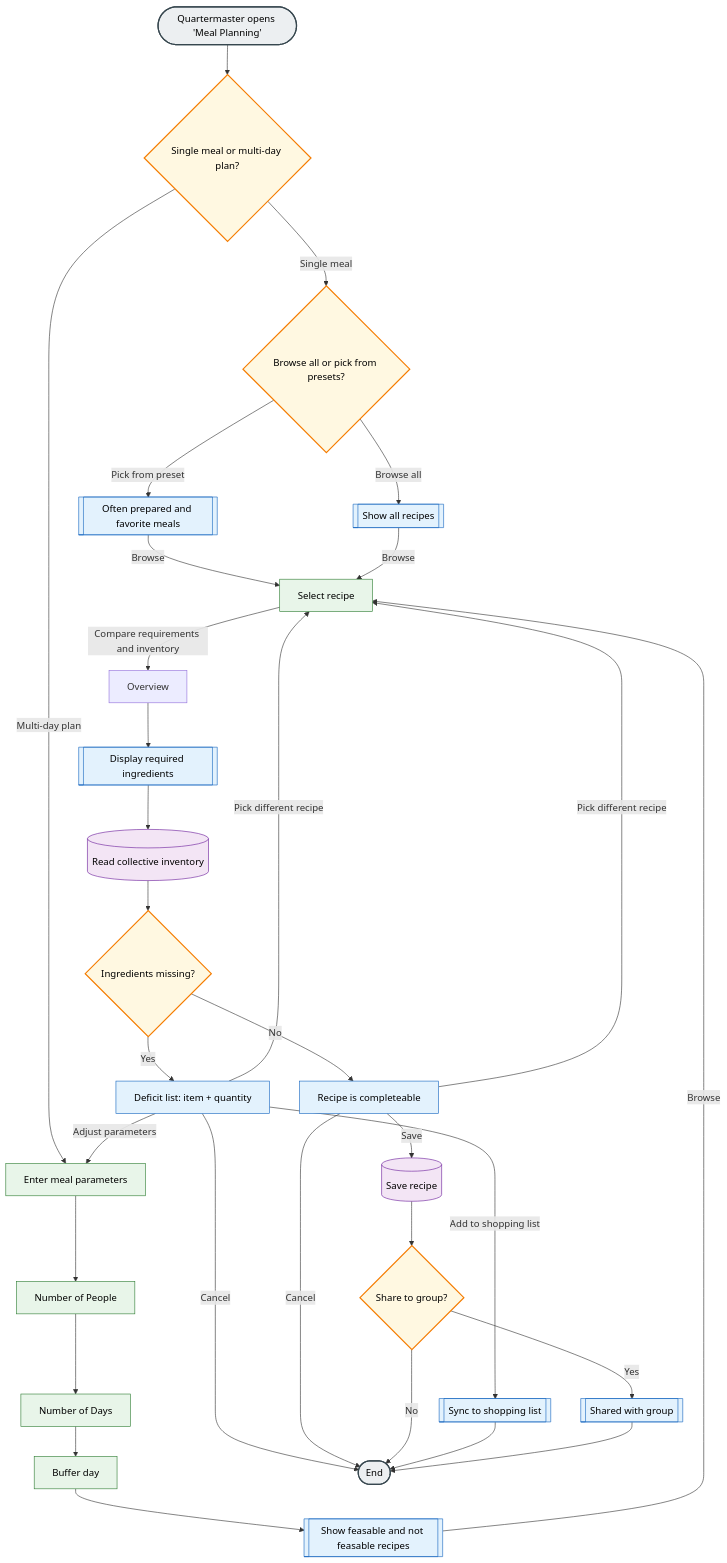
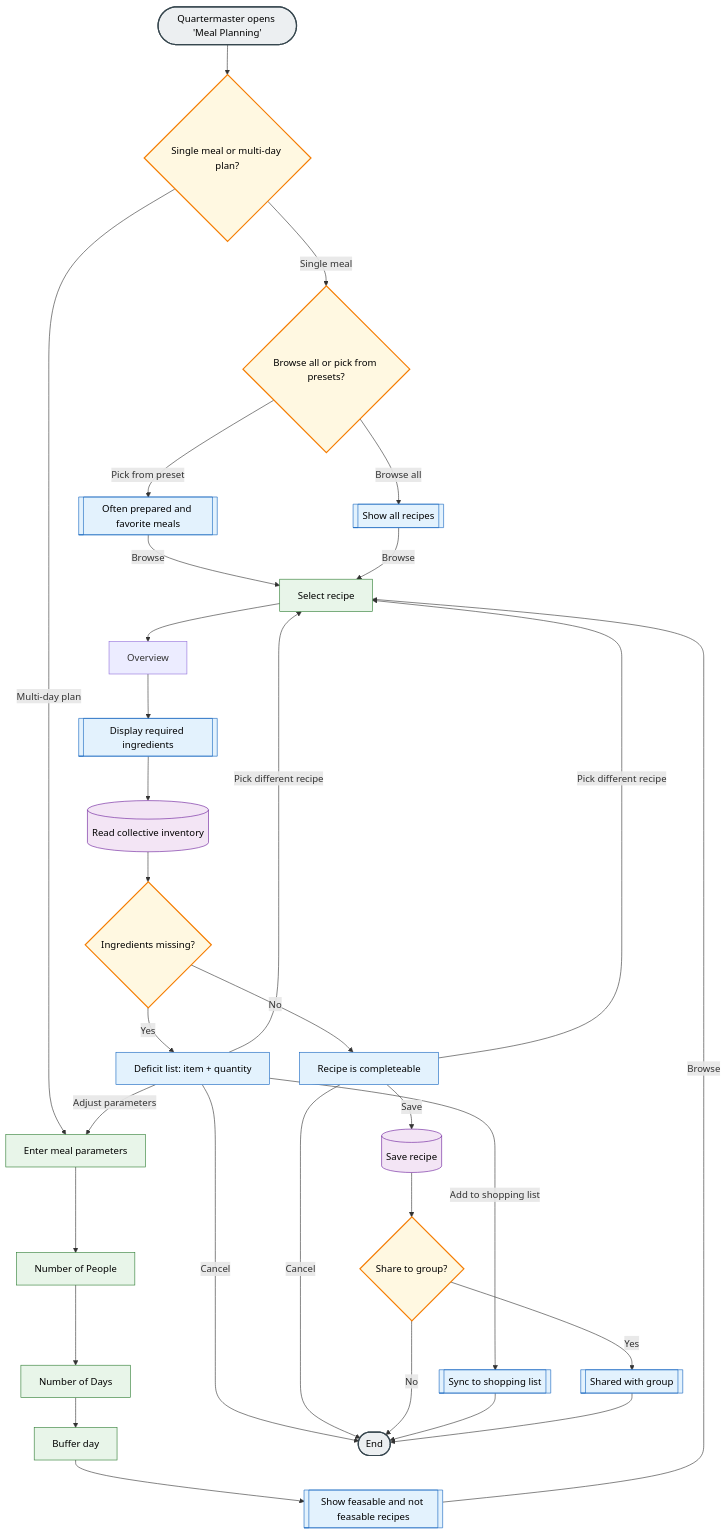
The diagram in artifacts/artifact-2/artifact-2-deciding.md (Mourice05/The-Fellowship-of-the-Code-2026), drawn with Mermaid before and after one commit.

Commit message:
Update artifact-2-deciding.md
mermaid change

````diff
--- a/artifacts/artifact-2/artifact-2-deciding.md
+++ b/artifacts/artifact-2/artifact-2-deciding.md
@@ -24,48 +24,47 @@
 ```mermaid
 flowchart TB
     Start(["Quartermaster opens 'Meal Planning'"])
     Start --> Q{Single meal or multi-day plan?}
     Q -->|Single meal| C
     Q -->|Multi-day plan| B
     C{Browse all or pick from presets?}
     C -->|Browse all| R
     C -->|Pick from preset| X[[Often prepared and favorite meals]] --> |Browse| H
     B[Enter meal parameters] --> D[Number of People]
     D --> E[Number of Days]
     E --> F[Buffer day]
     F --> G[[Show feasable and not feasable recipes]]
     R[[Show all recipes]]
     G -->|Browse| H
     R -->|Browse| H
-    H[Select recipe] --> |Compare requirements and inventory| T
-    T[Overview]
+    H[Select recipe] --> T[Overview]
     T --> H2[[Display required ingredients]]
     H2 --> Z[(Read collective inventory)]
     Z --> I{Ingredients missing?}
     I -->|Yes| L[Deficit list: item + quantity]
     I -->|No| M[Recipe is completeable]
     L -->|Add to shopping list| K[[Sync to shopping list]]
     L -->|Adjust parameters| B
     L -->|Pick different recipe| H
     L -->|Cancel| ZZ
     M -->|Save| N[(Save recipe)]
     M -->|Pick different recipe| H
     M -->|Cancel| ZZ
     N --> S{Share to group?}
     S -->|Yes| O[[Shared with group]]
     S -->|No| ZZ
     K --> ZZ
     O --> ZZ
     ZZ([End])
 
      classDef decision fill:#fff8e1,stroke:#f57c00,stroke-width:2px,color:#000
     classDef system fill:#e3f2fd,stroke:#1565c0,color:#000
     classDef data fill:#f3e5f5,stroke:#6a1b9a,color:#000
     classDef user fill:#e8f5e9,stroke:#2e7d32,color:#000
     classDef endpoint fill:#eceff1,stroke:#37474f,stroke-width:2px,color:#000
     class Q,C,I,S decision
     class G,R,H2,K,O,X,L,M system
     class Z,N data
     class B,D,E,F,H user
     class Start,ZZ endpoint
 ```
````
